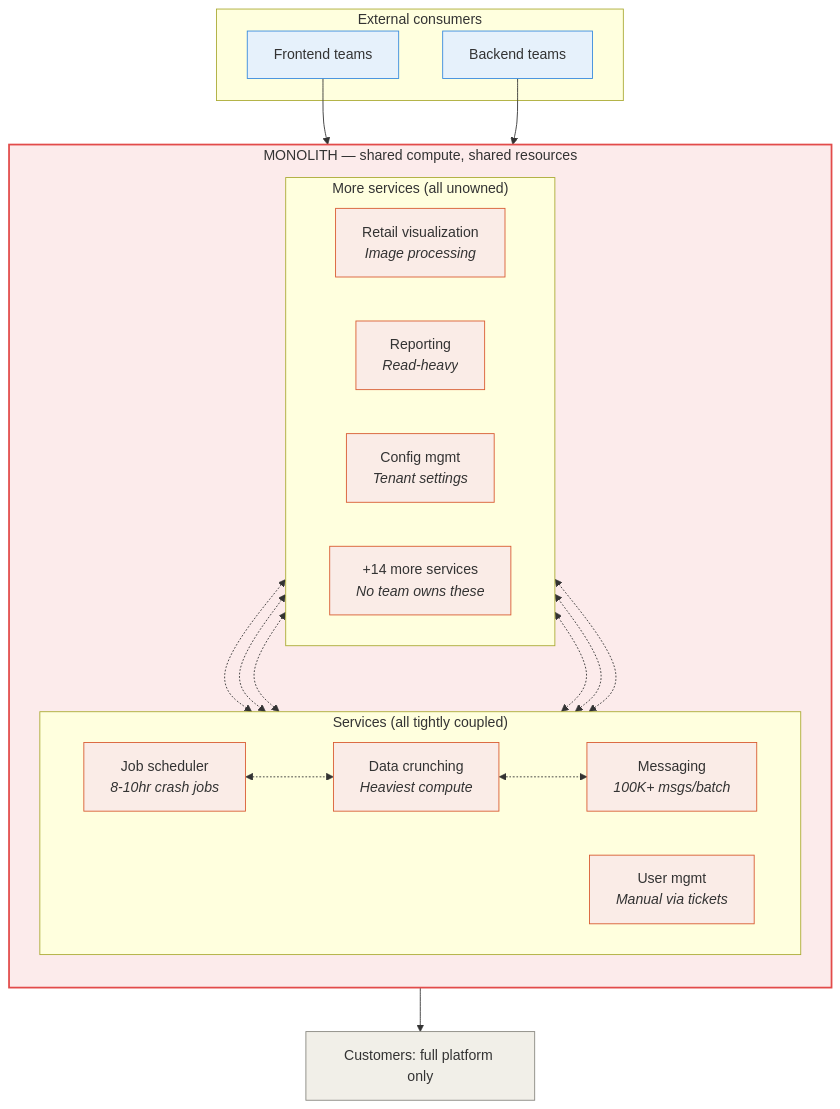
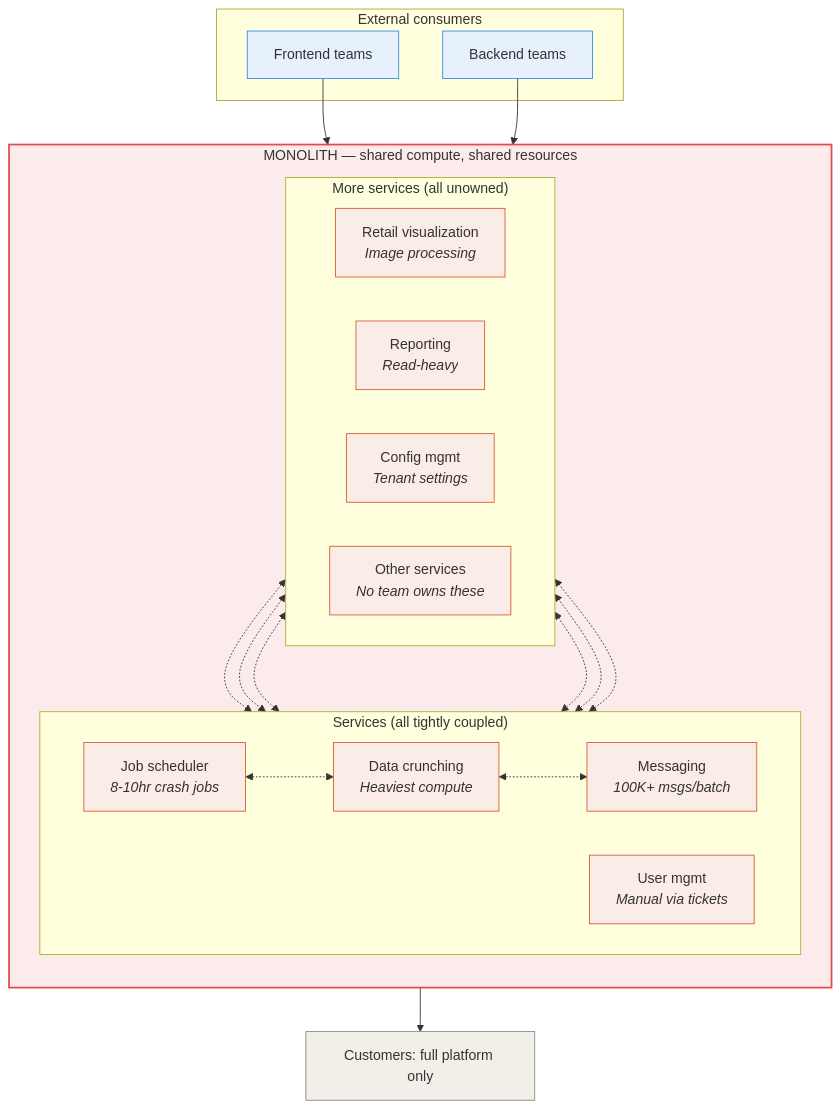
One commit to ShashwatSharmaPM/platform-decomposition-api-marketplace changed the diagram in diagrams/before-state.md. Above: the diagram before and after it, drawn with Mermaid.

````diff
--- a/diagrams/before-state.md
+++ b/diagrams/before-state.md
@@ -5,53 +5,53 @@
 ```mermaid
 graph TB
     subgraph External["External consumers"]
         FE["Frontend teams"]
         BE["Backend teams"]
     end
 
     subgraph Monolith["MONOLITH — shared compute, shared resources"]
         direction TB
 
         subgraph Tier1["Services (all tightly coupled)"]
             direction LR
             JS["Job scheduler<br/><i>8-10hr crash jobs</i>"]
             DC["Data crunching<br/><i>Heaviest compute</i>"]
             MSG["Messaging<br/><i>100K+ msgs/batch</i>"]
             UM["User mgmt<br/><i>Manual via tickets</i>"]
         end
 
         subgraph Tier2["More services (all unowned)"]
             direction LR
             RV["Retail visualization<br/><i>Image processing</i>"]
             RPT["Reporting<br/><i>Read-heavy</i>"]
             CFG["Config mgmt<br/><i>Tenant settings</i>"]
-            MORE["+14 more services<br/><i>No team owns these</i>"]
+            MORE["Other services<br/><i>No team owns these</i>"]
         end
 
         JS <-.-> DC
         DC <-.-> MSG
         MSG <-.-> RV
         JS <-.-> RPT
         DC <-.-> CFG
         UM <-.-> MORE
         RV <-.-> JS
         CFG <-.-> MSG
     end
 
     FE --> Monolith
     BE --> Monolith
     Monolith --> CUST["Customers: full platform only"]
 
     style Monolith fill:#FCEBEB,stroke:#E24B4A,stroke-width:2px
     style JS fill:#FAECE7,stroke:#D85A30
     style DC fill:#FAECE7,stroke:#D85A30
     style MSG fill:#FAECE7,stroke:#D85A30
     style UM fill:#FAECE7,stroke:#D85A30
     style RV fill:#FAECE7,stroke:#D85A30
     style RPT fill:#FAECE7,stroke:#D85A30
     style CFG fill:#FAECE7,stroke:#D85A30
     style MORE fill:#FAECE7,stroke:#D85A30
     style FE fill:#E6F1FB,stroke:#378ADD
     style BE fill:#E6F1FB,stroke:#378ADD
     style CUST fill:#F1EFE8,stroke:#888780
 ```
````
